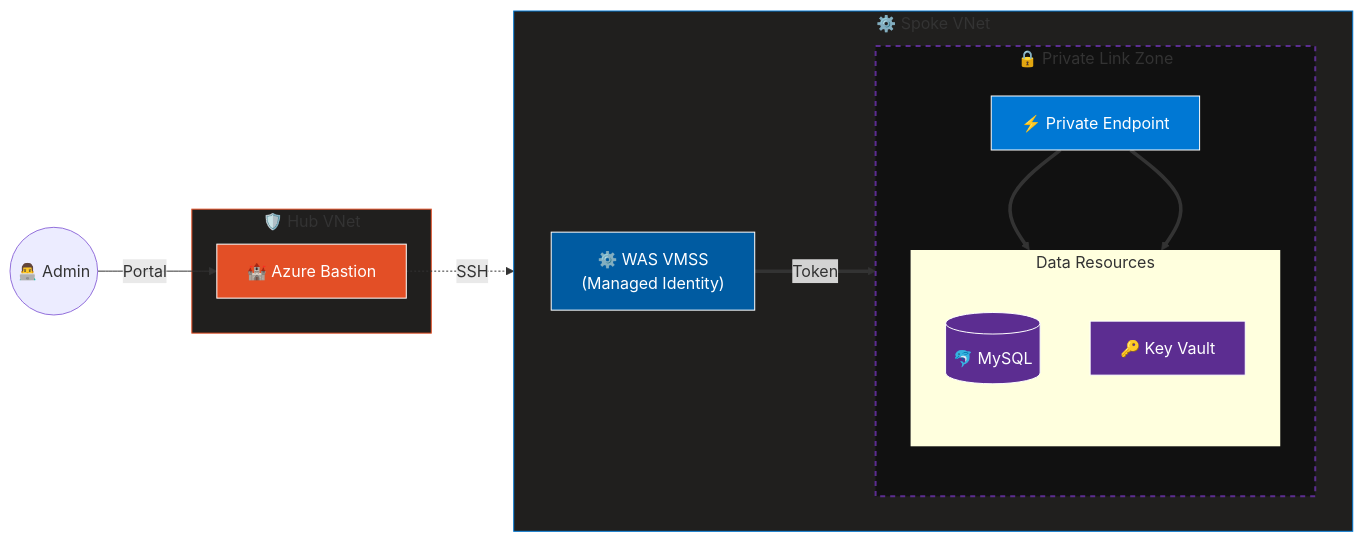
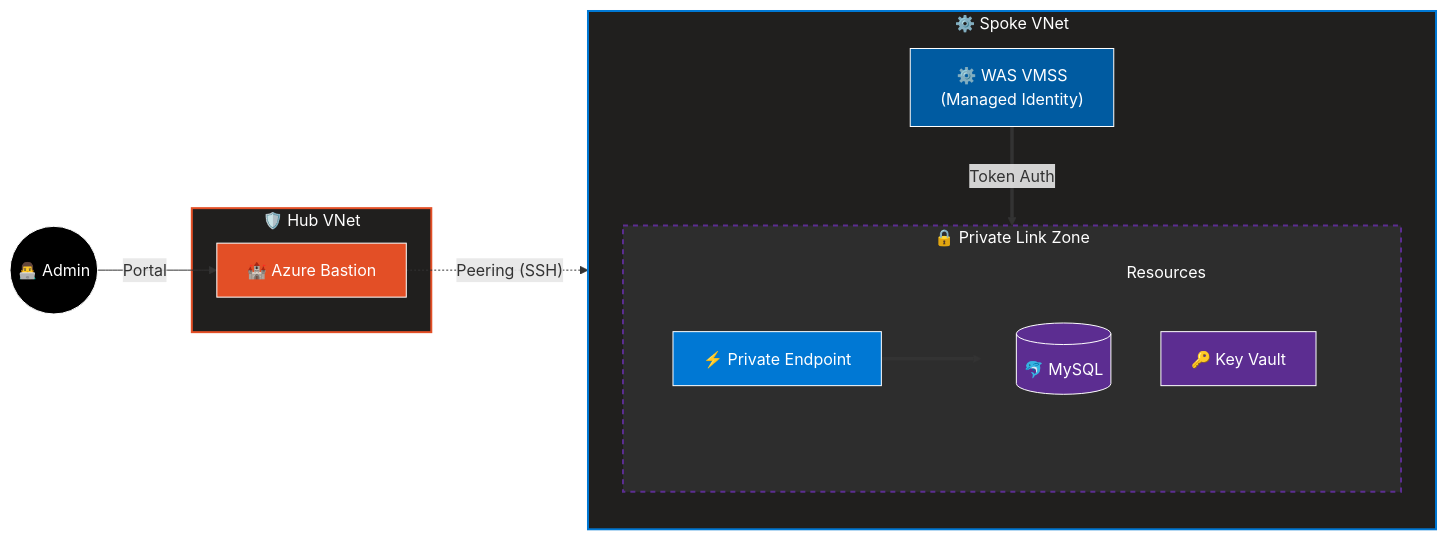
Before and after one commit to HamaPr/HamaPr.github.io: the third of 4 diagrams in _posts/security-architecture/2025-12-01-Terraform-basedAzureSecurityArchitecture.md, drawn with Mermaid. The commit also changed other lines of this file, not shown here.

````diff
--- a/_posts/security-architecture/2025-12-01-Terraform-basedAzureSecurityArchitecture.md
+++ b/_posts/security-architecture/2025-12-01-Terraform-basedAzureSecurityArchitecture.md
@@ -241,42 +247,55 @@
 ```mermaid
-flowchart LR
+graph LR
     %% --- Style Definitions ---
+    classDef hub fill:#201F1E,stroke:#E34F26,stroke-width:2px,color:#fff;
+    classDef spoke fill:#201F1E,stroke:#0078D4,stroke-width:2px,color:#fff;
+    classDef zone fill:#2d2d2d,stroke:#5C2D91,stroke-width:2px,stroke-dasharray: 5 5,color:#fff;
+    
     classDef bastion fill:#E34F26,stroke:#fff,color:#fff;
     classDef vm fill:#005BA1,stroke:#fff,color:#fff;
     classDef data fill:#5C2D91,stroke:#fff,color:#fff;
     classDef endpoint fill:#0078D4,stroke:#fff,color:#fff,shape:rect;
+    classDef user fill:#000,stroke:#fff,color:#fff;
 
-    Admin(("👨‍💻 Admin"))
-    
-    %% Hub 영역
+    %% --- External ---
+    Admin(("👨‍💻 Admin")):::user
+
+    %% --- Hub VNet (Left Side) ---
     subgraph Hub ["🛡️ Hub VNet"]
         BAS["🏰 Azure Bastion"]:::bastion
     end
 
-    %% Spoke 영역
+    %% --- Spoke VNet (Right Side) ---
     subgraph Spoke ["⚙️ Spoke VNet"]
-        direction LR
+        direction TB
+
+        %% 1. Compute Layer (Top)
         WAS["⚙️ WAS VMSS<br/>(Managed Identity)"]:::vm
+        
+        %% 2. Data Layer (Bottom)
         subgraph Private_Zone ["🔒 Private Link Zone"]
-            direction TB
+            direction LR
             PE["⚡ Private Endpoint"]:::endpoint
-            subgraph Data_Res ["Data Resources"]
+            
+            subgraph Targets ["Resources"]
                 direction TB
                 DB[("🐬 MySQL")]:::data
                 KV["🔑 Key Vault"]:::data
             end
+            
+            PE ==> Targets
         end
     end
 
-    %% --- Flows ---
+    %% --- Wiring ---
     Admin -->|"Portal"| BAS
-    BAS -.->|"SSH"| WAS
-    WAS ==>|"Token"| PE
-    PE ==> DB & KV
-
-    %% --- Styling ---
-    style Hub fill:#201F1E,stroke:#E34F26
-    style Spoke fill:#201F1E,stroke:#0078D4
-    style Private_Zone fill:#111,stroke:#5C2D91,stroke-width:2px,stroke-dasharray: 5 5
-    style Data_Res fill:#transparent,stroke:none
+    BAS -.->|"Peering (SSH)"| WAS
+    WAS ==>|"Token Auth"| PE
+    
+    %% --- Subgraph Styles ---
+    class Hub hub;
+    class Spoke spoke;
+    class Private_Zone zone;
+    class Targets zone;
+    style Targets stroke:none,fill:transparent
 ```
````
